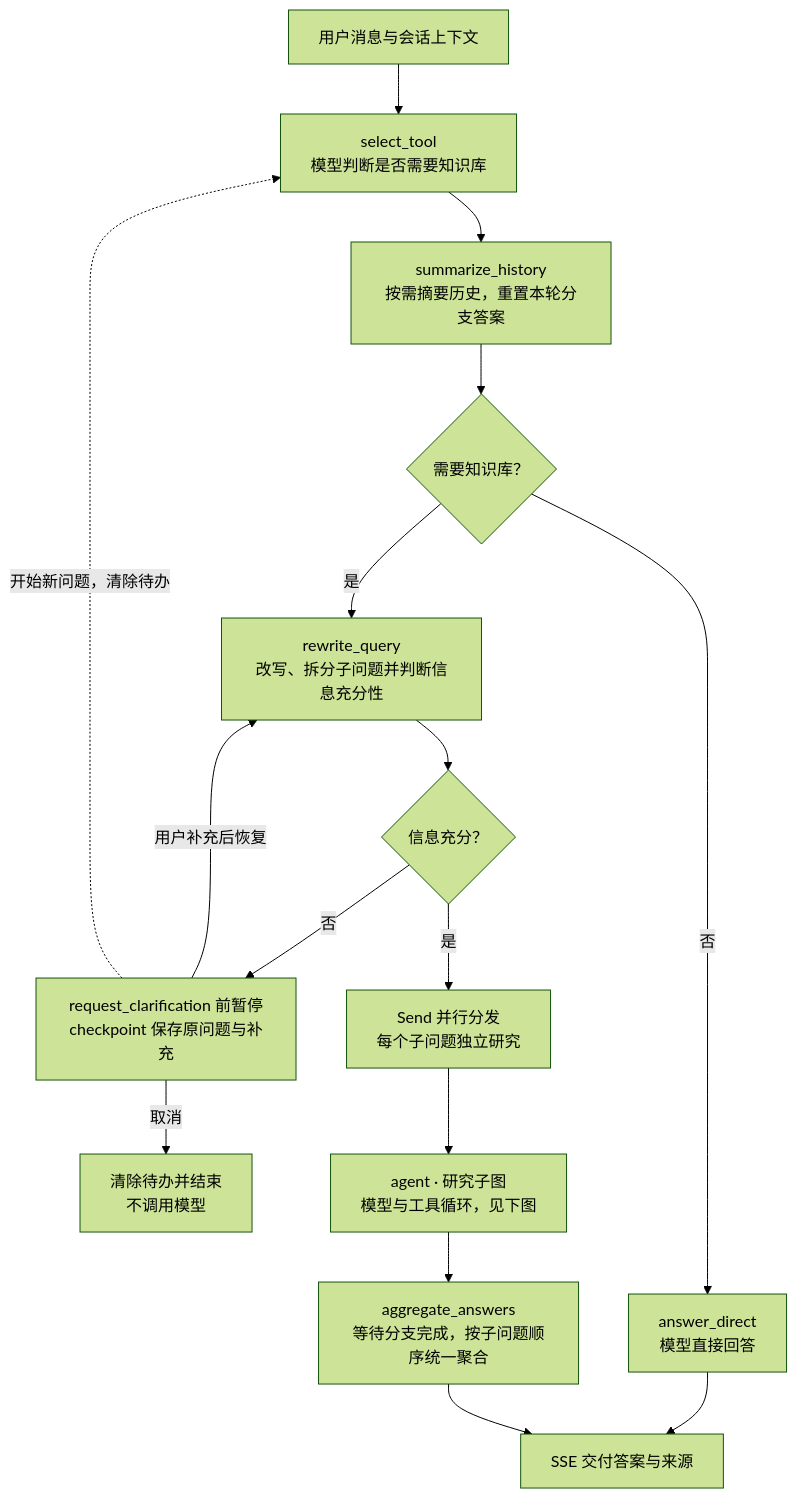
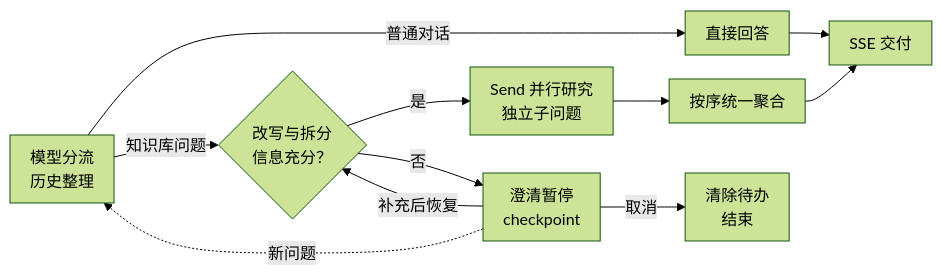
Before and after one commit to ifhgh666/agentic-rag: the second of 3 diagrams in README.md, drawn with Mermaid (forest theme). The commit also changed other lines of this file, not shown here.

Commit message:
Refine README stack badges and horizontal Agent Loop diagrams

````diff
--- a/README.md
+++ b/README.md
@@ -61,18 +89,20 @@
 ```mermaid
-flowchart TD
-    Message["用户消息与会话上下文"] --> Select["select_tool<br/>模型判断是否需要知识库"]
-    Select --> History["summarize_history<br/>按需摘要历史，重置本轮分支答案"]
-    History --> Needs{"需要知识库？"}
-    Needs -->|否| Direct["answer_direct<br/>模型直接回答"]
-    Needs -->|是| Rewrite["rewrite_query<br/>改写、拆分子问题并判断信息充分性"]
-    Rewrite --> Clear{"信息充分？"}
-    Clear -->|否| Pending["request_clarification 前暂停<br/>checkpoint 保存原问题与补充"]
-    Pending -->|用户补充后恢复| Rewrite
-    Pending -.->|开始新问题，清除待办| Select
-    Pending -->|取消| Cancel["清除待办并结束<br/>不调用模型"]
-    Clear -->|是| Dispatch["Send 并行分发<br/>每个子问题独立研究"]
-    Dispatch --> Research["agent · 研究子图<br/>模型与工具循环，见下图"]
-    Research --> Aggregate["aggregate_answers<br/>等待分支完成，按子问题顺序统一聚合"]
-    Direct --> Output["SSE 交付答案与来源"]
-    Aggregate --> Output
+---
+config:
+  flowchart:
+    nodeSpacing: 24
+    rankSpacing: 24
+    padding: 10
+---
+flowchart LR
+    Route["模型分流<br/>历史整理"] -->|普通对话| Direct["直接回答"]
+    Route -->|知识库问题| Rewrite{"改写与拆分<br/>信息充分？"}
+    Rewrite -->|是| Research["Send 并行研究<br/>独立子问题"]
+    Research --> Aggregate["按序统一聚合"]
+    Aggregate --> Output["SSE 交付"]
+    Direct --> Output
+    Rewrite -->|否| Pending["澄清暂停<br/>checkpoint"]
+    Pending -->|补充后恢复| Rewrite
+    Pending -.->|新问题| Route
+    Pending -->|取消| Cancel["清除待办<br/>结束"]
 ```
````
